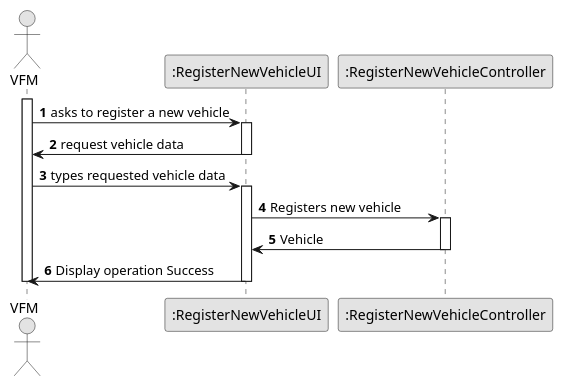
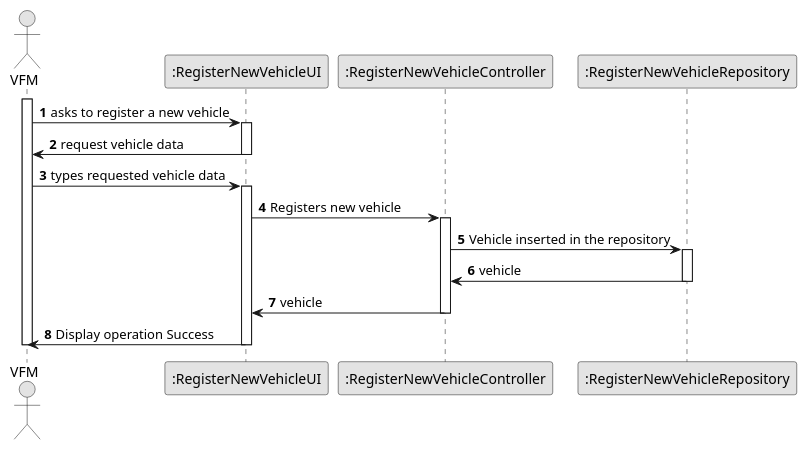
Before and after one commit to Departamento-de-Engenharia-Informatica/lei-24-s2-1dm-g132: the diagram in docs/sprintB/us006/03.design/puml/us006-sequence-diagram-ui-controller-overview.puml, drawn with PlantUML. The commit also changed other lines of this file and 3 other files, not shown here.

Commit message:
Updates in the us002 and us006 Sequence diagram

```diff
--- a/docs/sprintB/us006/03.design/puml/us006-sequence-diagram-ui-controller-overview.puml
+++ b/docs/sprintB/us006/03.design/puml/us006-sequence-diagram-ui-controller-overview.puml
@@ -1,54 +1,38 @@
 @startuml
 skinparam monochrome true
 skinparam packageStyle rectangle
 skinparam shadowing false
 
 autonumber
 
 'hide footbox
 actor "VFM" as USER
 
 participant ":RegisterNewVehicleUI" as RegisterNewVehicleUI
 participant ":RegisterNewVehicleController" as RegisterNewVehicleController
-
+participant ":RegisterNewVehicleRepository" as RegisterNewVehicleRepository
 
 activate USER
 USER -> RegisterNewVehicleUI : asks to register a new vehicle
 activate RegisterNewVehicleUI
 RegisterNewVehicleUI ->USER : request vehicle data
 deactivate RegisterNewVehicleUI
 
 USER -> RegisterNewVehicleUI : types requested vehicle data
 activate RegisterNewVehicleUI
 RegisterNewVehicleUI -> RegisterNewVehicleController : Registers new vehicle
 activate RegisterNewVehicleController
-RegisterNewVehicleController -> RegisterNewVehicleUI : Vehicle
+RegisterNewVehicleController -> RegisterNewVehicleRepository :Vehicle inserted in the repository
+activate RegisterNewVehicleRepository
+RegisterNewVehicleRepository -> RegisterNewVehicleController : vehicle
+deactivate RegisterNewVehicleRepository
+RegisterNewVehicleController -> RegisterNewVehicleUI : vehicle
+
 deactivate RegisterNewVehicleController
 
 RegisterNewVehicleUI -> USER : Display operation Success
 deactivate RegisterNewVehicleUI
 deactivate USER
 
 
-
-
-
-
-
-
-
-
-
-
-
-
-
-
-
-
-
-
-
-
-
 @enduml
```
